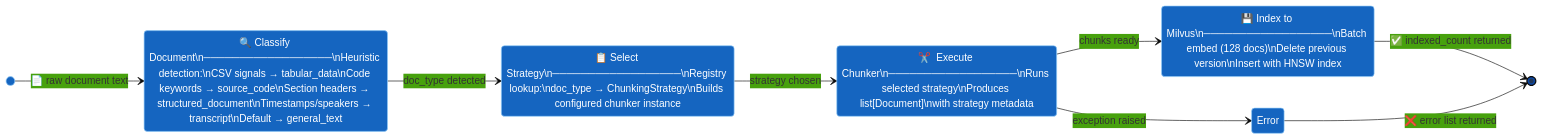
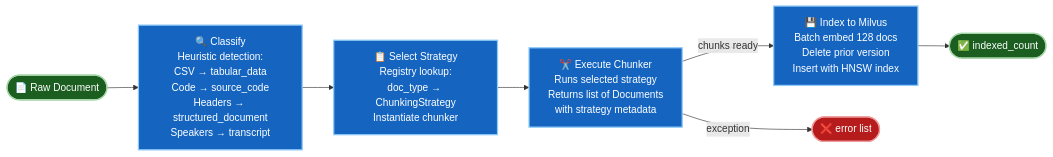
Before and after one commit to devatstudies-bit/rag-chunking-engine: the third of 5 diagrams in README.md, drawn with Mermaid. The commit also changed other lines of this file, not shown here.

First line of the commit message:
fix: repair Mermaid parse errors in README diagrams

````diff
--- a/README.md
+++ b/README.md
@@ -153,27 +144,19 @@
 ```mermaid
-%%{init: {'theme': 'base', 'themeVariables': {'primaryColor': '#0D47A1'}}}%%
-stateDiagram-v2
-    direction LR
-    classDef node  fill:#1565C0,stroke:#90CAF9,color:#fff
-    classDef ok    fill:#1B5E20,stroke:#A5D6A7,color:#fff
-    classDef error fill:#B71C1C,stroke:#EF9A9A,color:#fff
-    classDef end   fill:#4A148C,stroke:#CE93D8,color:#fff
+flowchart LR
+    classDef step  fill:#1565C0,stroke:#90CAF9,stroke-width:2px,color:#fff
+    classDef ok    fill:#1B5E20,stroke:#A5D6A7,stroke-width:2px,color:#fff
+    classDef error fill:#B71C1C,stroke:#EF9A9A,stroke-width:2px,color:#fff
 
-    [*] --> Classify: 📄 raw document text
-    Classify: 🔍 Classify Document\n──────────────────\nHeuristic detection:\nCSV signals → tabular_data\nCode keywords → source_code\nSection headers → structured_document\nTimestamps/speakers → transcript\nDefault → general_text
-    Classify --> SelectStrategy: doc_type detected
+    IN([📄 Raw Document]):::ok
+    C["🔍 Classify<br/>Heuristic detection:<br/>CSV → tabular_data<br/>Code → source_code<br/>Headers → structured_document<br/>Speakers → transcript"]:::step
+    S["📋 Select Strategy<br/>Registry lookup:<br/>doc_type → ChunkingStrategy<br/>Instantiate chunker"]:::step
+    CH["✂️ Execute Chunker<br/>Runs selected strategy<br/>Returns list of Documents<br/>with strategy metadata"]:::step
+    I["💾 Index to Milvus<br/>Batch embed 128 docs<br/>Delete prior version<br/>Insert with HNSW index"]:::step
+    OK([✅ indexed_count]):::ok
+    ERR([❌ error list]):::error
 
-    SelectStrategy: 📋 Select Strategy\n──────────────────\nRegistry lookup:\ndoc_type → ChunkingStrategy\nBuilds configured chunker instance
-
-    SelectStrategy --> Chunk: strategy chosen
-
-    Chunk: ✂️  Execute Chunker\n──────────────────\nRuns selected strategy\nProduces list[Document]\nwith strategy metadata
-
-    Chunk --> Index: chunks ready
-    Chunk --> Error: exception raised
-
-    Index: 💾 Index to Milvus\n──────────────────\nBatch embed (128 docs)\nDelete previous version\nInsert with HNSW index
-
-    Index --> [*]: ✅ indexed_count returned
-    Error --> [*]: ❌ error list returned
+    IN --> C --> S --> CH
+    CH -->|chunks ready| I
+    CH -->|exception| ERR
+    I --> OK
 ```
````
